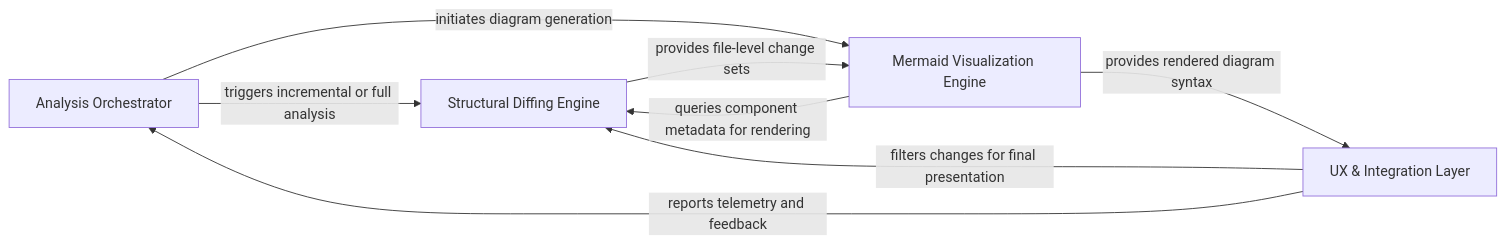
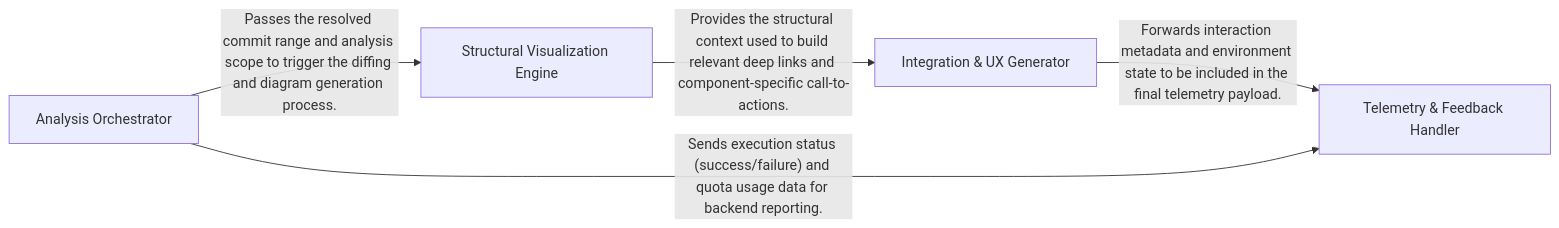
One commit to CodeBoarding/CodeBoarding-action changed the diagram in .codeboarding/overview.md. Above: the diagram before and after it, drawn with Mermaid. The commit also changed other lines of this file and 12 other files, not shown here.

Commit message:
chore(codeboarding): sync architecture baseline

````diff
--- a/.codeboarding/overview.md
+++ b/.codeboarding/overview.md
@@ -1,18 +1,15 @@
 ```mermaid
 graph LR
     Analysis_Orchestrator["Analysis Orchestrator"]
-    Structural_Diffing_Engine["Structural Diffing Engine"]
-    Mermaid_Visualization_Engine["Mermaid Visualization Engine"]
-    UX_Integration_Layer["UX & Integration Layer"]
-    Analysis_Orchestrator -- "triggers incremental or full analysis" --> Structural_Diffing_Engine
-    Analysis_Orchestrator -- "initiates diagram generation" --> Mermaid_Visualization_Engine
-    Structural_Diffing_Engine -- "provides file-level change sets" --> Mermaid_Visualization_Engine
-    Mermaid_Visualization_Engine -- "queries component metadata for rendering" --> Structural_Diffing_Engine
-    Mermaid_Visualization_Engine -- "provides rendered diagram syntax" --> UX_Integration_Layer
-    UX_Integration_Layer -- "filters changes for final presentation" --> Structural_Diffing_Engine
-    UX_Integration_Layer -- "reports telemetry and feedback" --> Analysis_Orchestrator
+    Structural_Visualization_Engine["Structural Visualization Engine"]
+    Integration_UX_Generator["Integration & UX Generator"]
+    Telemetry_Feedback_Handler["Telemetry & Feedback Handler"]
+    Analysis_Orchestrator -- "Passes the resolved commit range and analysis scope to trigger the diffing and diagram generation process." --> Structural_Visualization_Engine
+    Structural_Visualization_Engine -- "Provides the structural context used to build relevant deep links and component-specific call-to-actions." --> Integration_UX_Generator
+    Integration_UX_Generator -- "Forwards interaction metadata and environment state to be included in the final telemetry payload." --> Telemetry_Feedback_Handler
+    Analysis_Orchestrator -- "Sends execution status (success/failure) and quota usage data for backend reporting." --> Telemetry_Feedback_Handler
     click Analysis_Orchestrator href "https://github.com/CodeBoarding/CodeBoarding-action/blob/main/.codeboarding/Analysis_Orchestrator.md" "Details"
-    click Structural_Diffing_Engine href "https://github.com/CodeBoarding/CodeBoarding-action/blob/main/.codeboarding/Structural_Diffing_Engine.md" "Details"
-    click Mermaid_Visualization_Engine href "https://github.com/CodeBoarding/CodeBoarding-action/blob/main/.codeboarding/Mermaid_Visualization_Engine.md" "Details"
-    click UX_Integration_Layer href "https://github.com/CodeBoarding/CodeBoarding-action/blob/main/.codeboarding/UX_Integration_Layer.md" "Details"
+    click Structural_Visualization_Engine href "https://github.com/CodeBoarding/CodeBoarding-action/blob/main/.codeboarding/Structural_Visualization_Engine.md" "Details"
+    click Integration_UX_Generator href "https://github.com/CodeBoarding/CodeBoarding-action/blob/main/.codeboarding/Integration_UX_Generator.md" "Details"
+    click Telemetry_Feedback_Handler href "https://github.com/CodeBoarding/CodeBoarding-action/blob/main/.codeboarding/Telemetry_Feedback_Handler.md" "Details"
 ```
````
